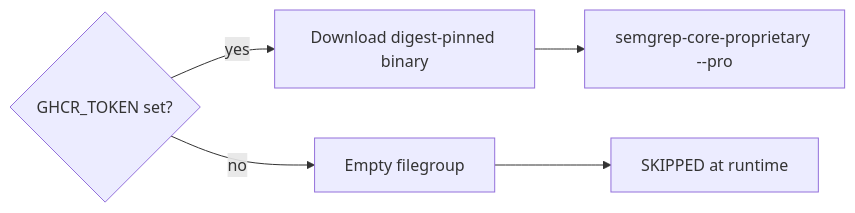
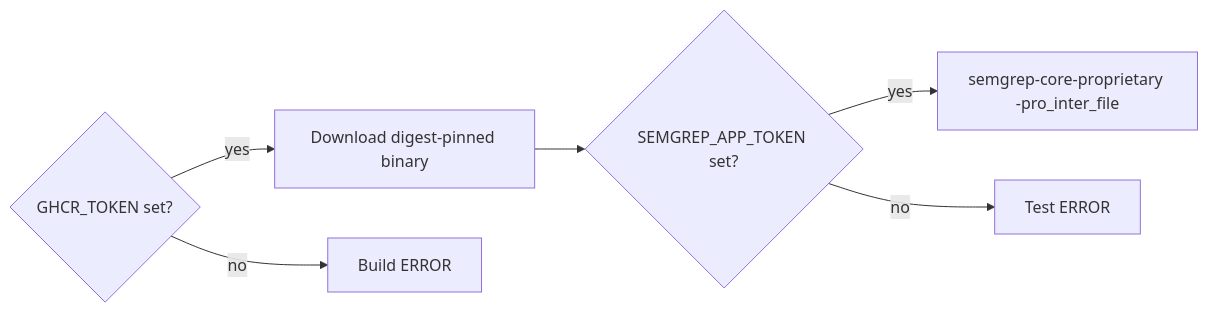
Before and after one commit to jomcgi/homelab: the second of 2 diagrams in rules_semgrep/README.md, drawn with Mermaid. The commit also changed other lines of this file and 7 other files, not shown here.

First line of the commit message:
feat(semgrep): require GHCR_TOKEN and remove graceful degradation

````diff
--- a/rules_semgrep/README.md
+++ b/rules_semgrep/README.md
@@ -166,8 +166,9 @@
 ```mermaid
 graph LR
     TOKEN{"GHCR_TOKEN set?"}
     TOKEN -->|"yes"| DOWNLOAD["Download digest-pinned binary"]
-    TOKEN -->|"no"| EMPTY["Empty filegroup"]
-    DOWNLOAD --> RUN["semgrep-core-proprietary --pro"]
-    EMPTY --> SKIP["SKIPPED at runtime"]
+    TOKEN -->|"no"| FAIL["Build ERROR"]
+    DOWNLOAD --> APP{"SEMGREP_APP_TOKEN set?"}
+    APP -->|"yes"| RUN["semgrep-core-proprietary -pro_inter_file"]
+    APP -->|"no"| FAIL2["Test ERROR"]
 ```
````
